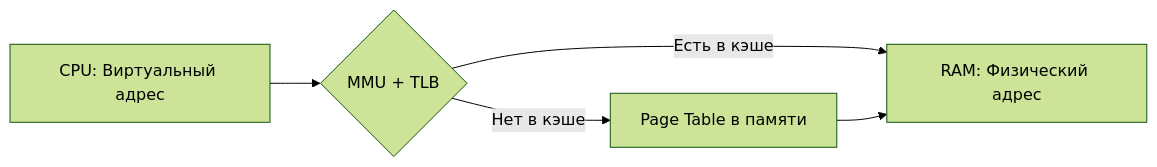
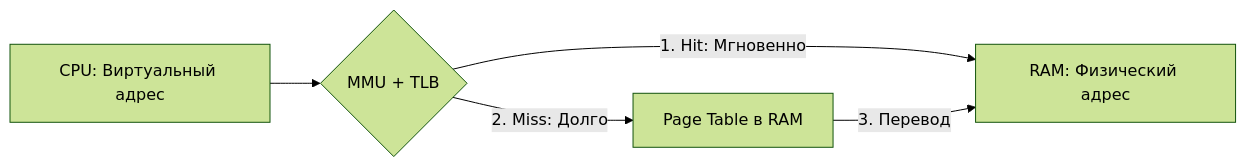
Before and after one commit to IBraveMonkey/data_structure-algorithms: the first of 3 diagrams in theory/Golang/Allocator/base.md, drawn with Mermaid (forest theme). The commit also changed other lines of this file and 21 other files, not shown here.

````diff
--- a/theory/Golang/Allocator/base.md
+++ b/theory/Golang/Allocator/base.md
@@ -57,7 +41,7 @@
 ```mermaid
 graph LR
     CPU[CPU: Виртуальный адрес] --> MMU{MMU + TLB}
-    MMU -->|Есть в кэше| RAM[RAM: Физический адрес]
-    MMU -->|Нет в кэше| PT[Page Table в памяти]
-    PT --> RAM
+    MMU -->|1. Hit: Мгновенно| RAM[RAM: Физический адрес]
+    MMU -->|2. Miss: Долго| PT[Page Table в RAM]
+    PT -->|3. Перевод| RAM
 ```
````
